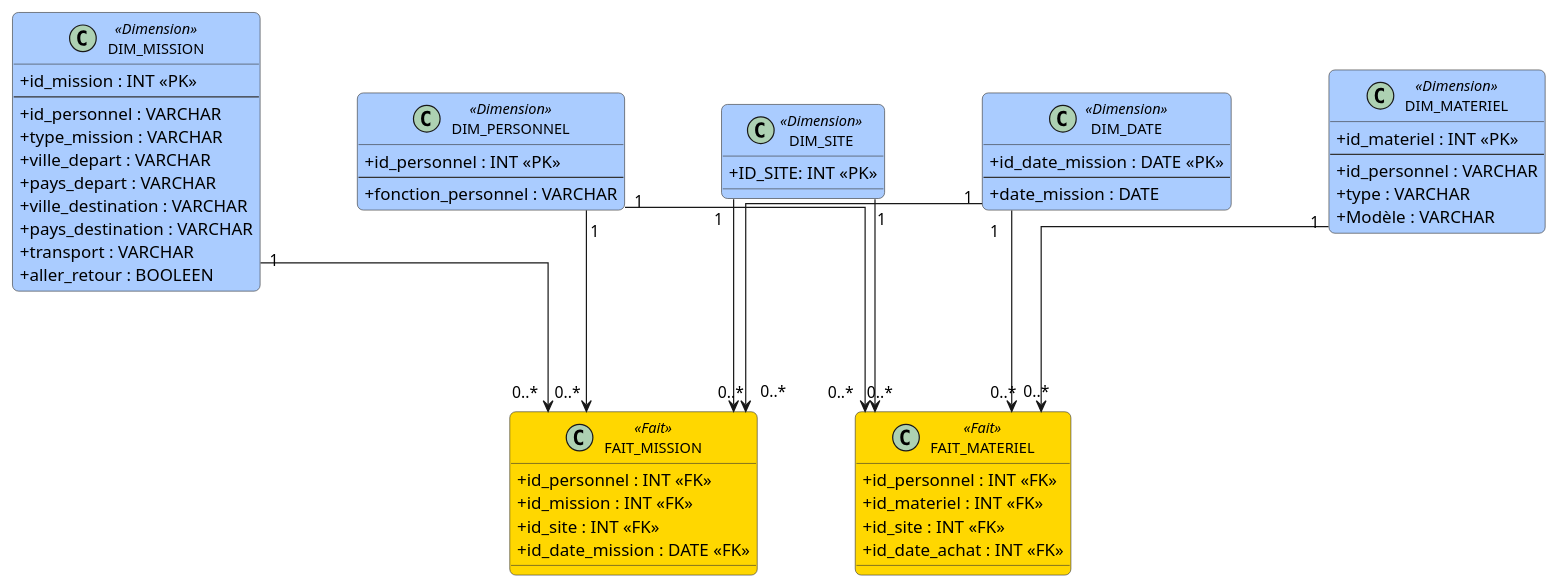
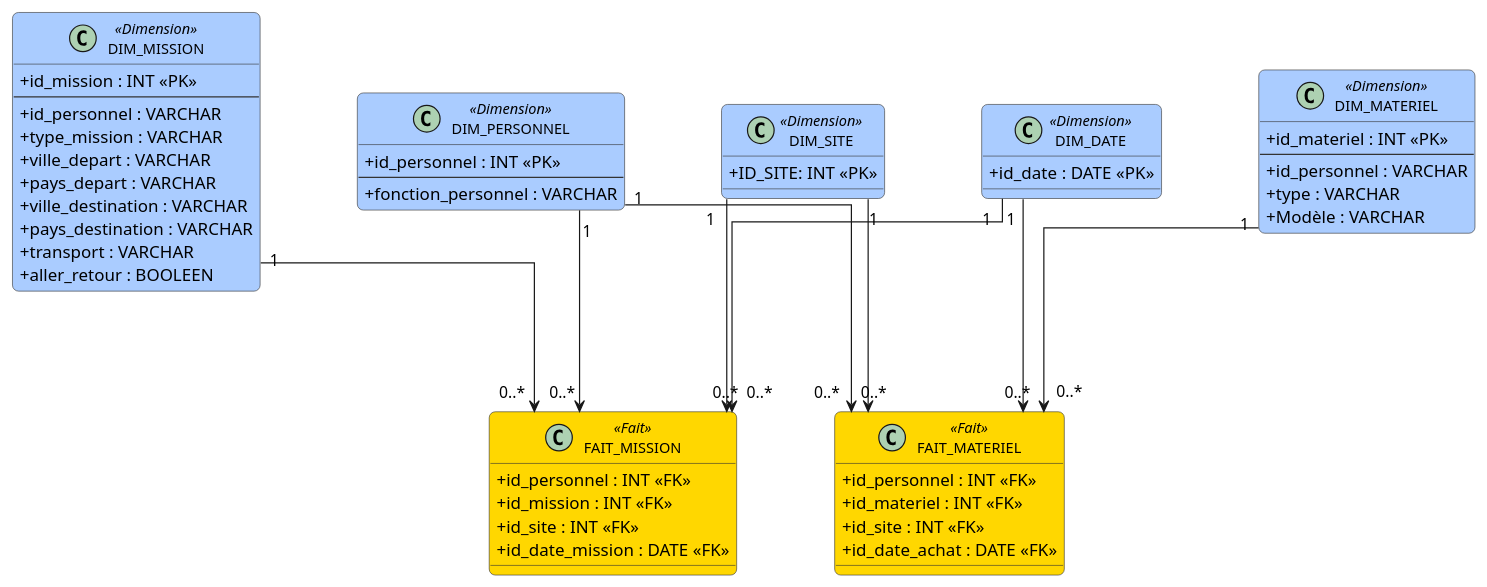
Before and after one commit to etiennevzn/GHG-inventory: the diagram in data.puml, drawn with PlantUML. The commit also changed 1 other file, not shown here.

```diff
--- a/data.puml
+++ b/data.puml
@@ -1,94 +1,92 @@
 @startuml ModeleDonnees
 
 skinparam classAttributeIconSize 0
 skinparam linetype ortho
 skinparam nodesep 80
 skinparam ranksep 100
 skinparam shadowing false
 skinparam roundCorner 10
 skinparam class {
   BackgroundColor<<Fait>> #FFD700
   BackgroundColor<<Dimension>> #AACCFF
   BorderColor #333333
   FontSize 12
 }
 
 ' ===== DIMENSIONS PARTAGÉES / HAUT =====
 class DIM_MISSION << Dimension >> {
   + id_mission : INT <<PK>>
   --
   + id_personnel : VARCHAR
   + type_mission : VARCHAR
   + ville_depart : VARCHAR
   + pays_depart : VARCHAR
   + ville_destination : VARCHAR
   + pays_destination : VARCHAR
   + transport : VARCHAR
   + aller_retour : BOOLEEN  
 }
 
 class DIM_MATERIEL << Dimension >> {
   + id_materiel : INT <<PK>>
   --
   + id_personnel : VARCHAR
   + type : VARCHAR
   + Modèle : VARCHAR
 }
 
 ' ===== DIMENSION CENTRALE PARTAGÉE =====
 class DIM_PERSONNEL << Dimension >> {
   + id_personnel : INT <<PK>>
   --
   + fonction_personnel : VARCHAR
 }
 
 class DIM_SITE << Dimension >> {
   + ID_SITE: INT <<PK>>
 }
 
 class DIM_DATE << Dimension >> {
-  + id_date_mission : DATE <<PK>>
-  --
-  + date_mission : DATE
+  + id_date : DATE <<PK>>
 }
 
 ' ===== TABLES DE FAITS =====
 class FAIT_MISSION << Fait >> {
   + id_personnel : INT <<FK>>
   + id_mission : INT <<FK>>
   + id_site : INT <<FK>>
   + id_date_mission : DATE <<FK>>
 }
 
 class FAIT_MATERIEL << Fait >> {
   + id_personnel : INT <<FK>>
   + id_materiel : INT <<FK>>
   + id_site : INT <<FK>>
-  + id_date_achat : INT <<FK>>
+  + id_date_achat : DATE <<FK>>
 }
 
 ' ===== POSITIONNEMENT =====
 ' Ligne du haut : dimensions spécifiques
 DIM_MISSION  -[hidden]right- DIM_MATERIEL
 
 ' Faits côte à côte au milieu
 FAIT_MISSION -[hidden]right- FAIT_MATERIEL
 
 ' Ligne du bas : dimensions partagées
 DIM_PERSONNEL -[hidden]right- DIM_SITE
 
 ' ===== RELATIONS FAIT_MISSION =====
 DIM_MISSION       "1" --> "0..*" FAIT_MISSION
 DIM_PERSONNEL     "1" --> "0..*" FAIT_MISSION
 DIM_SITE          "1" --> "0..*" FAIT_MISSION
 DIM_DATE    "1" --> "0..*" FAIT_MISSION
 
 ' ===== RELATIONS FAIT_MATERIEL =====
 DIM_MATERIEL      "1" --> "0..*" FAIT_MATERIEL
 DIM_PERSONNEL     "1" --> "0..*" FAIT_MATERIEL
 DIM_SITE          "1" --> "0..*" FAIT_MATERIEL
 DIM_DATE  "1" --> "0..*" FAIT_MATERIEL
 
 
 
 @enduml
```
